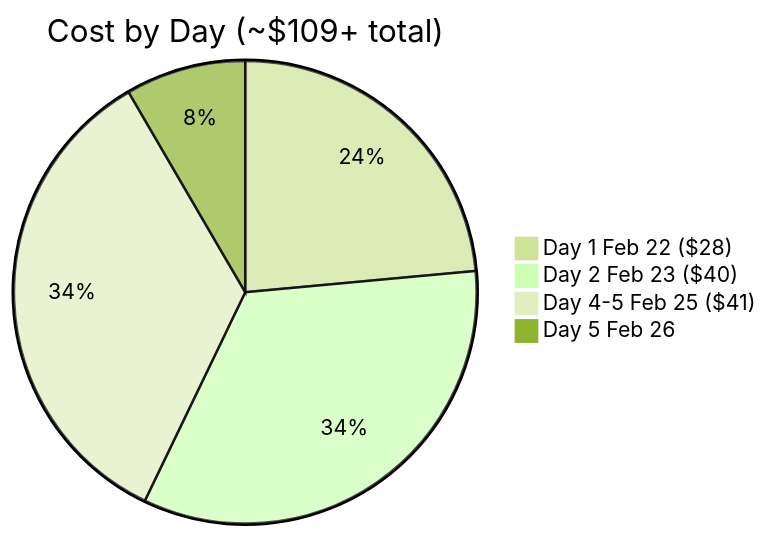
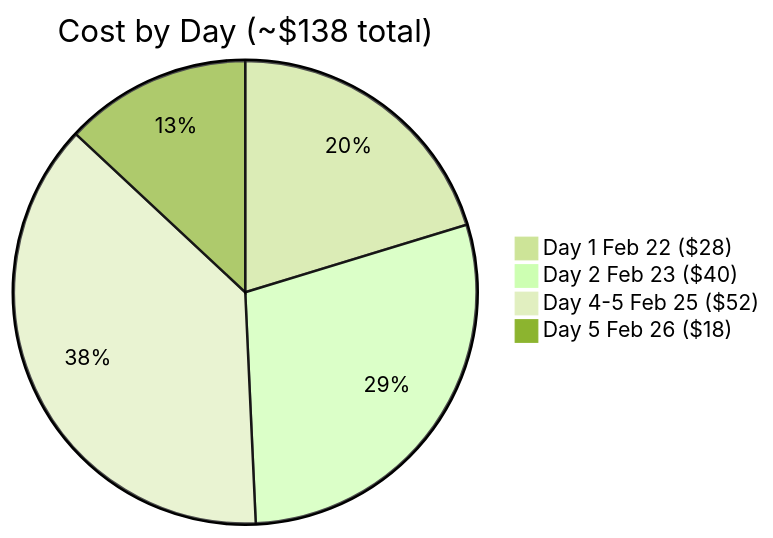
Before and after one commit to atlantdak/claude-code-hackathon-xbo-market-kit: the fourth of 7 diagrams in README.md, drawn with Mermaid (forest theme). The commit also changed other lines of this file and 2 other files, not shown here.

````diff
--- a/README.md
+++ b/README.md
@@ -118,7 +118,7 @@
 ```mermaid
-pie title Cost by Day (~$109+ total)
+pie title Cost by Day (~$138 total)
     "Day 1 Feb 22 ($28)" : 28
     "Day 2 Feb 23 ($40)" : 40
-    "Day 4-5 Feb 25 ($41)" : 41
-    "Day 5 Feb 26" : 10
+    "Day 4-5 Feb 25 ($52)" : 52
+    "Day 5 Feb 26 ($18)" : 18
 ```
````
